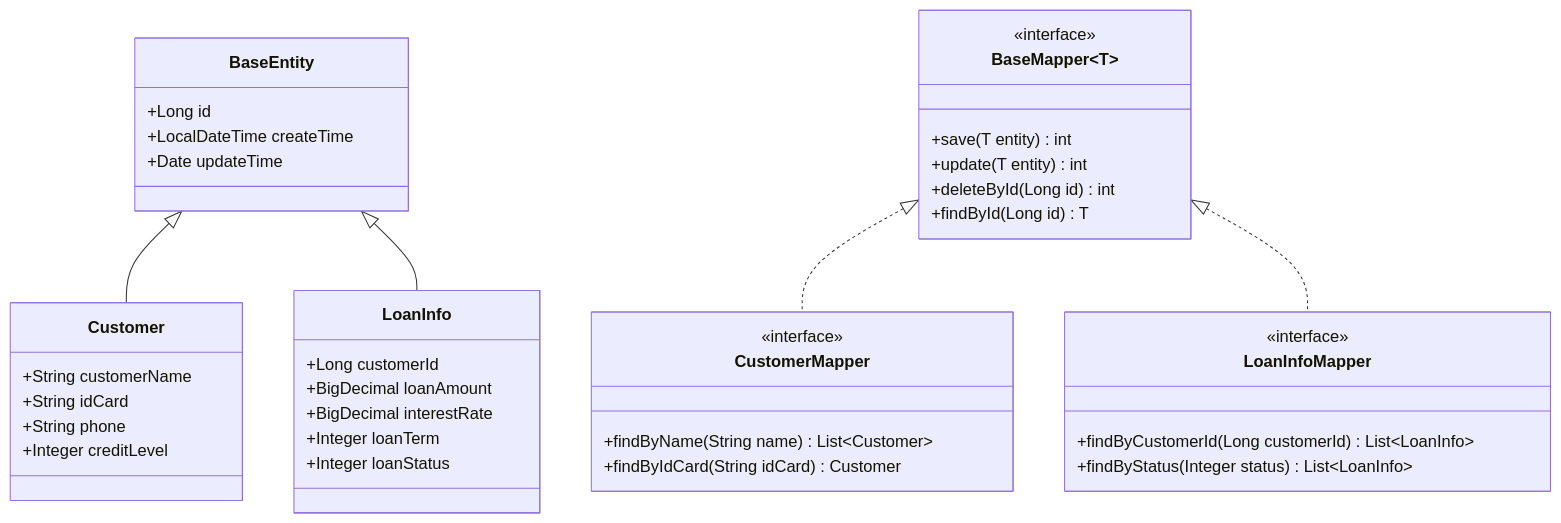
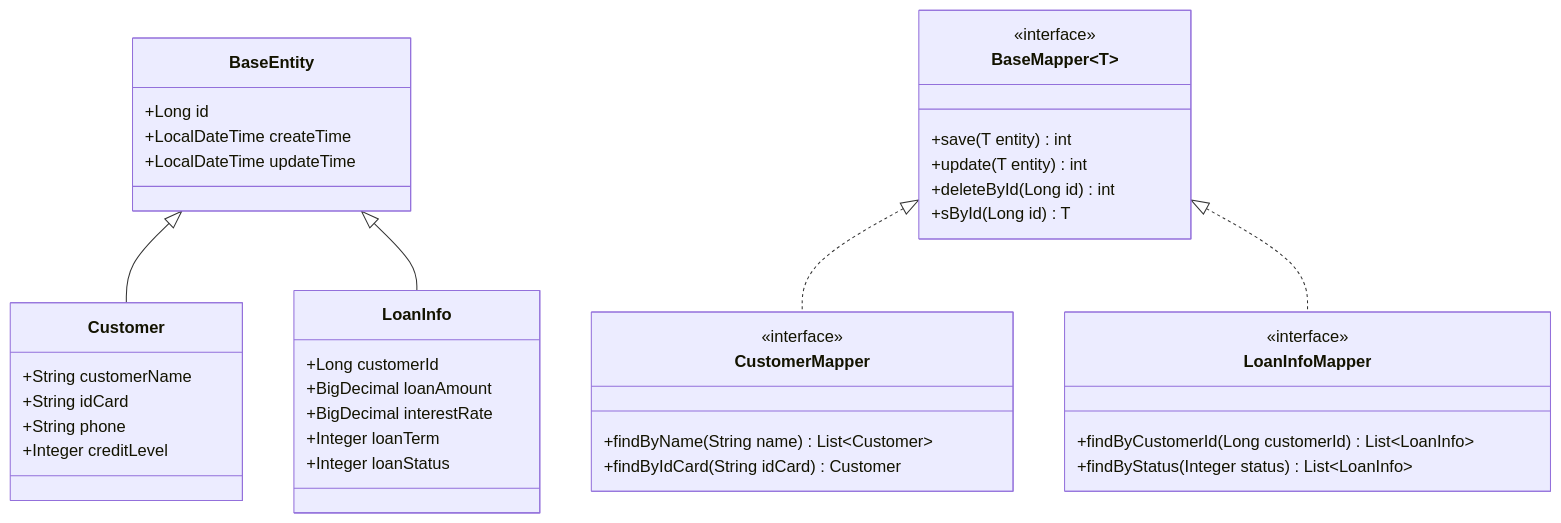
One commit to skyopk/iodraw-files changed the diagram in all/未命名.md. Above: the diagram before and after it, drawn with Mermaid.

Commit message:
2025-03-25 08:49:41 update

````diff
--- a/all/未命名.md
+++ b/all/未命名.md
@@ -1,48 +1,48 @@
 ```mermaid
 classDiagram
     class BaseEntity {
         +Long id
         +LocalDateTime  createTime
-        +Date updateTime
+        +LocalDateTime  updateTime
     }
     
     class BaseMapper~T~ {
         <<interface>>
         +save(T entity) int
         +update(T entity) int
         +deleteById(Long id) int
-        +findById(Long id) T
+        +sById(Long id) T
     }
     
     class Customer {
         +String customerName
         +String idCard
         +String phone
         +Integer creditLevel
     }
     
     class LoanInfo {
         +Long customerId
         +BigDecimal loanAmount
         +BigDecimal interestRate
         +Integer loanTerm
         +Integer loanStatus
     }
     
     class CustomerMapper {
         <<interface>>
         +findByName(String name) List~Customer~
         +findByIdCard(String idCard) Customer
     }
     
     class LoanInfoMapper {
         <<interface>>
         +findByCustomerId(Long customerId) List~LoanInfo~
         +findByStatus(Integer status) List~LoanInfo~
     }
     
     BaseEntity <|-- Customer
     BaseEntity <|-- LoanInfo
     BaseMapper~BaseEntity~ <|.. CustomerMapper
     BaseMapper~BaseEntity~ <|.. LoanInfoMapper
 ```
````
